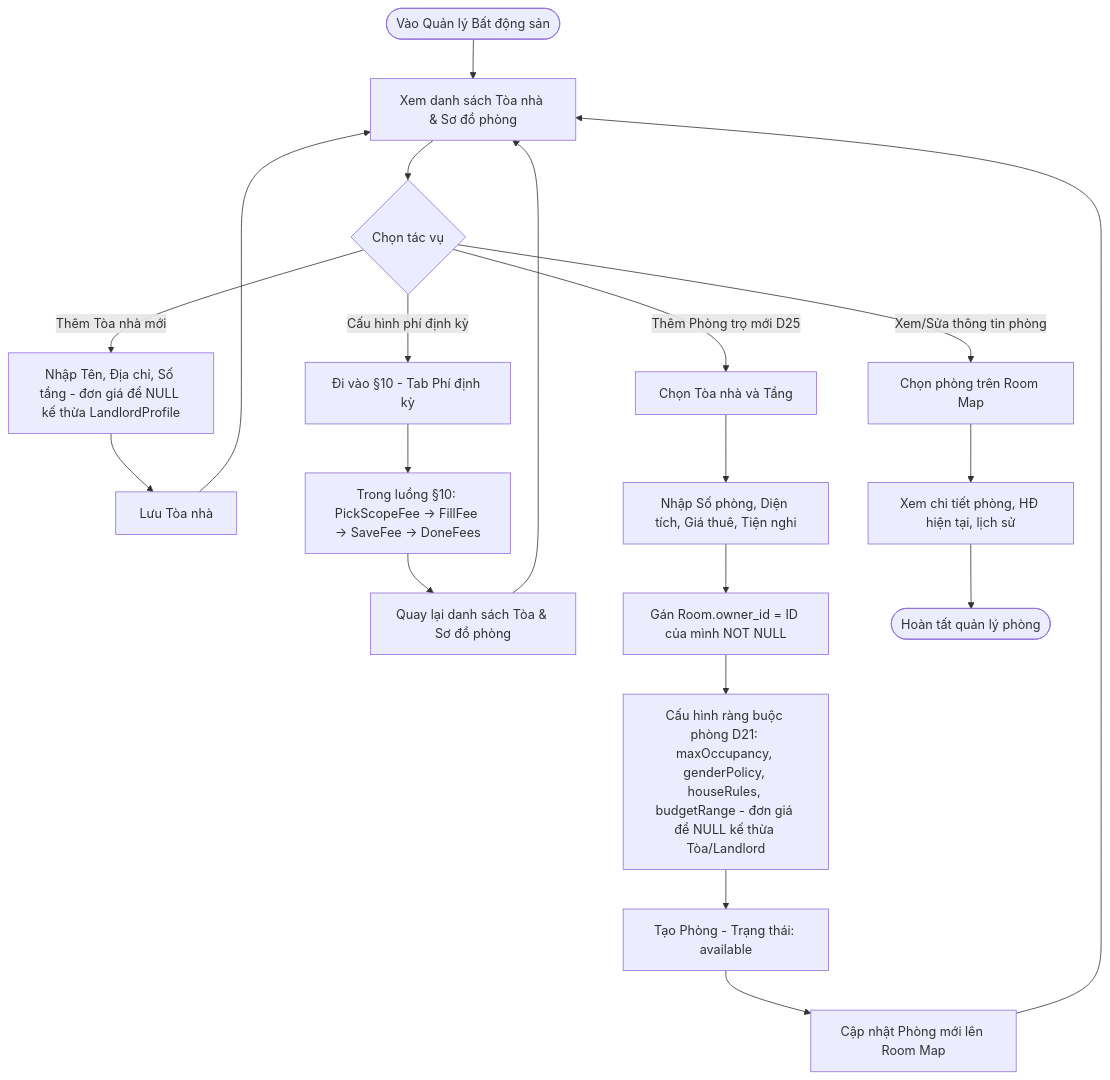
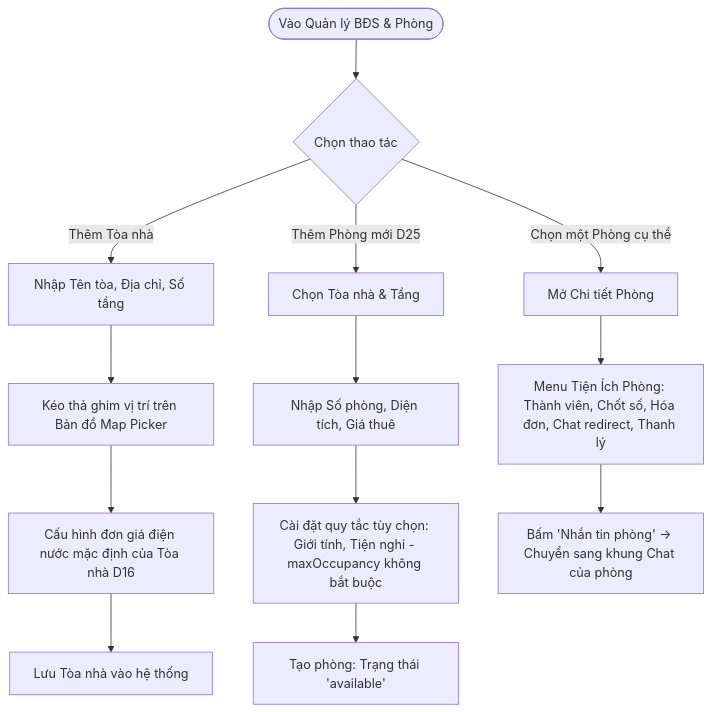
One commit to pbl6-home-renter/docs changed the second of 9 diagrams in phase-1/discovery/user_flow/landlord_user_flow.md. Above: the diagram before and after it, drawn with Mermaid. The commit also changed other lines of this file and 7 other files, not shown here.

````diff
--- a/phase-1/discovery/user_flow/landlord_user_flow.md
+++ b/phase-1/discovery/user_flow/landlord_user_flow.md
@@ -70,29 +49,21 @@
 ```mermaid
 flowchart TD
-    StartProp([Vào Quản lý Bất động sản]) --> ViewPropList[Xem danh sách Tòa nhà & Sơ đồ phòng]
+    StartProp([Vào Quản lý BĐS & Phòng]) --> ChoosePropAction{Chọn thao tác}
     
-    ViewPropList --> ActionProp{Chọn tác vụ}
+    %% Nhánh 1: Thêm Tòa nhà
+    ChoosePropAction -->|Thêm Tòa nhà| FormBld[Nhập Tên tòa, Địa chỉ, Số tầng]
+    FormBld --> PickMap[Kéo thả ghim vị trí trên Bản đồ Map Picker]
+    PickMap --> SetDefaultRates[Cấu hình đơn giá điện nước mặc định của Tòa nhà D16]
+    SetDefaultRates --> SaveBld[Lưu Tòa nhà vào hệ thống]
     
-    ActionProp -->|Thêm Tòa nhà mới| FormBuilding[Nhập Tên, Địa chỉ, Số tầng - đơn giá để NULL kế thừa LandlordProfile]
-    FormBuilding --> SaveBld[Lưu Tòa nhà]
-    SaveBld --> ViewPropList
+    %% Nhánh 2: Thêm Phòng trọ
+    ChoosePropAction -->|Thêm Phòng mới D25| FormRoom[Chọn Tòa nhà & Tầng]
+    FormRoom --> InputRoomSpecs[Nhập Số phòng, Diện tích, Giá thuê]
+    InputRoomSpecs --> SetOptionalRules[Cài đặt quy tắc tùy chọn: Giới tính, Tiện nghi - maxOccupancy không bắt buộc]
+    SetOptionalRules --> SaveRoom[Tạo phòng: Trạng thái 'available']
     
-    ActionProp -->|Cấu hình phí định kỳ| ConfigFees[Đi vào §10 - Tab Phí định kỳ]
-    ConfigFees --> GotoFeesSettings[Trong luồng §10: PickScopeFee → FillFee → SaveFee → DoneFees]
-    GotoFeesSettings --> BackToProp[Quay lại danh sách Tòa & Sơ đồ phòng]
-    BackToProp --> ViewPropList
-
-    ActionProp -->|Thêm Phòng trọ mới D25| SelectBldForRoom[Chọn Tòa nhà và Tầng]
-    SelectBldForRoom --> InputRoomInfo[Nhập Số phòng, Diện tích, Giá thuê, Tiện nghi]
-    InputRoomInfo --> SetOwner[Gán Room.owner_id = ID của mình NOT NULL]
-    
-    SetOwner --> SetupConstraints[Cấu hình ràng buộc phòng D21: maxOccupancy, genderPolicy, houseRules, budgetRange - đơn giá để NULL kế thừa Tòa/Landlord]
-    
-    SetupConstraints --> SaveRoom[Tạo Phòng - Trạng thái: available]
-    SaveRoom --> UpdateRoomMap[Cập nhật Phòng mới lên Room Map]
-    UpdateRoomMap --> ViewPropList
-    
-    ActionProp -->|Xem/Sửa thông tin phòng| SelectRoom[Chọn phòng trên Room Map]
-    SelectRoom --> ViewRoomDetail[Xem chi tiết phòng, HĐ hiện tại, lịch sử]
-    ViewRoomDetail --> EndProp([Hoàn tất quản lý phòng])
+    %% Mở Tiện ích phòng
+    ChoosePropAction -->|Chọn một Phòng cụ thể| RoomCard[Mở Chi tiết Phòng]
+    RoomCard --> RoomMenu[Menu Tiện Ích Phòng: Thành viên, Chốt số, Hóa đơn, Chat redirect, Thanh lý]
+    RoomMenu --> ChatRedirect[Bấm 'Nhắn tin phòng' -> Chuyển sang khung Chat của phòng]
 ```
````
